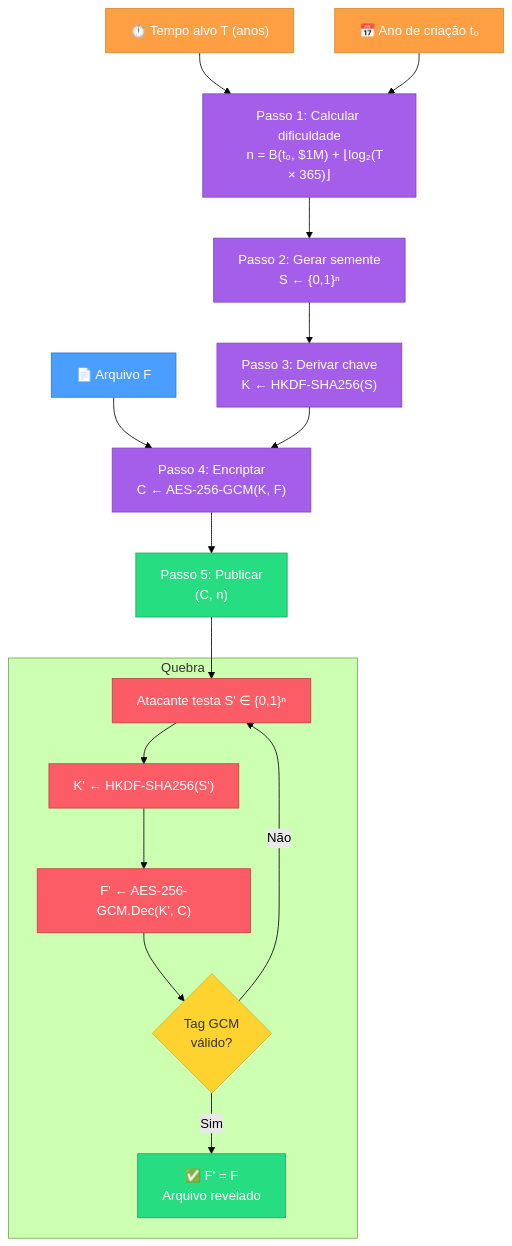
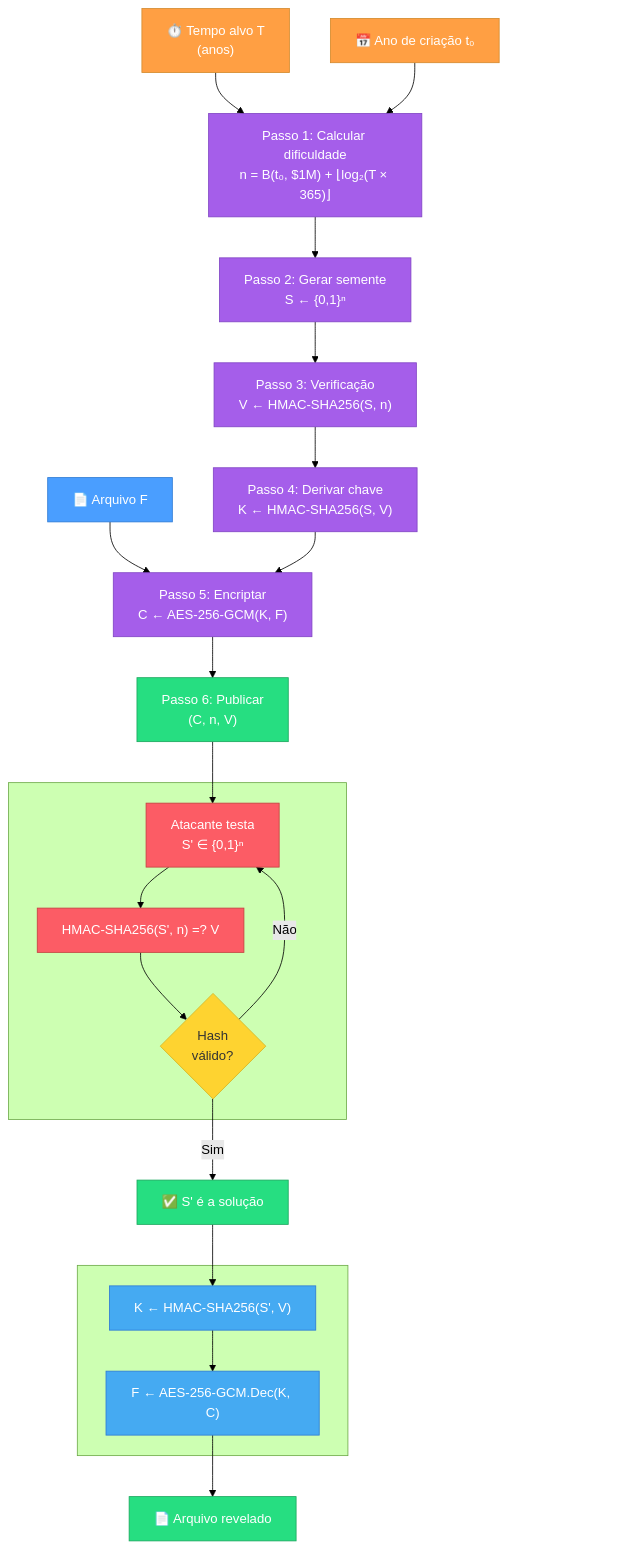
Before and after one commit to julioflima/article-time-vault: the diagram in diagram.mmd, drawn with Mermaid (forest theme). The commit also changed 5 other files, not shown here.

First line of the commit message:
feat: implement Time Vault encryption protocol using HMAC-SHA256 and AES-256-GCM

```diff
--- a/diagram.mmd
+++ b/diagram.mmd
@@ -1,46 +1,54 @@
 flowchart TD
     F["📄 Arquivo F"] --> enc
-    T["⏱️ Tempo alvo T (anos)"] --> diff
+    T["⏱️ Tempo alvo T<br>(anos)"] --> diff
     t0["📅 Ano de criação t₀"] --> diff
 
-    diff["Passo 1: Calcular dificuldade
-    n = B(t₀, $1M) + ⌊log₂(T × 365)⌋"]
+    diff["Passo 1: Calcular dificuldade<br>n = B(t₀, $1M) + ⌊log₂(T × 365)⌋"]
 
-    diff --> seed["Passo 2: Gerar semente
-    S ← {0,1}ⁿ"]
+    diff --> seed["Passo 2: Gerar semente<br>S ← {0,1}ⁿ"]
 
-    seed --> hkdf["Passo 3: Derivar chave
-    K ← HKDF-SHA256(S)"]
+    seed --> hash["Passo 3: Verificação<br>V ← HMAC-SHA256(S, n)"]
 
-    hkdf --> enc["Passo 4: Encriptar
-    C ← AES-256-GCM(K, F)"]
+    hash --> key["Passo 4: Derivar chave<br>K ← HMAC-SHA256(S, V)"]
 
-    enc --> pub["Passo 5: Publicar
-    (C, n)"]
+    key --> enc["Passo 5: Encriptar<br>C ← AES-256-GCM(K, F)"]
+
+    enc --> pub["Passo 6: Publicar<br>(C, n, V)"]
 
     pub --> atk
 
-    subgraph Quebra
-        atk["Atacante testa S' ∈ {0,1}ⁿ"]
-        atk --> derive["K' ← HKDF-SHA256(S')"]
-        derive --> dec["F' ← AES-256-GCM.Dec(K', C)"]
-        dec --> check{"Tag GCM
-        válido?"}
+    subgraph "&nbsp;&nbsp;"
+        atk["Atacante testa<br>S' ∈ {0,1}ⁿ"]
+        atk --> hashcheck["HMAC-SHA256(S', n) =? V"]
+        hashcheck --> check{"Hash<br>válido?"}
         check -->|Não| atk
-        check -->|Sim| ok["✅ F' = F
-        Arquivo revelado"]
     end
+
+    check -->|Sim| found["✅ S' é a solução"]
+
+    found --> deriveK
+
+    subgraph "&nbsp;"
+        deriveK["K ← HMAC-SHA256(S', V)"]
+        deriveK --> decfile["F ← AES-256-GCM.Dec(K, C)"]
+    end
+
+    decfile --> result["📄 Arquivo revelado"]
 
     style F fill:#4a9eff,stroke:#2d7ad4,color:#fff
     style T fill:#ff9f43,stroke:#d48a2d,color:#fff
     style t0 fill:#ff9f43,stroke:#d48a2d,color:#fff
     style diff fill:#a55eea,stroke:#8044c4,color:#fff
     style seed fill:#a55eea,stroke:#8044c4,color:#fff
-    style hkdf fill:#a55eea,stroke:#8044c4,color:#fff
+    style hash fill:#a55eea,stroke:#8044c4,color:#fff
+    style key fill:#a55eea,stroke:#8044c4,color:#fff
     style enc fill:#a55eea,stroke:#8044c4,color:#fff
     style pub fill:#26de81,stroke:#1ba85e,color:#fff
     style atk fill:#fc5c65,stroke:#c44040,color:#fff
-    style derive fill:#fc5c65,stroke:#c44040,color:#fff
-    style dec fill:#fc5c65,stroke:#c44040,color:#fff
+    style hashcheck fill:#fc5c65,stroke:#c44040,color:#fff
     style check fill:#fed330,stroke:#d4b320,color:#333
-    style ok fill:#26de81,stroke:#1ba85e,color:#fff
+    style found fill:#26de81,stroke:#1ba85e,color:#fff
+    style deriveK fill:#45aaf2,stroke:#2d7ad4,color:#fff
+    style decfile fill:#45aaf2,stroke:#2d7ad4,color:#fff
+    style result fill:#26de81,stroke:#1ba85e,color:#fff
+    style atk2 fill:transparent,stroke:transparent,color:transparent
```
